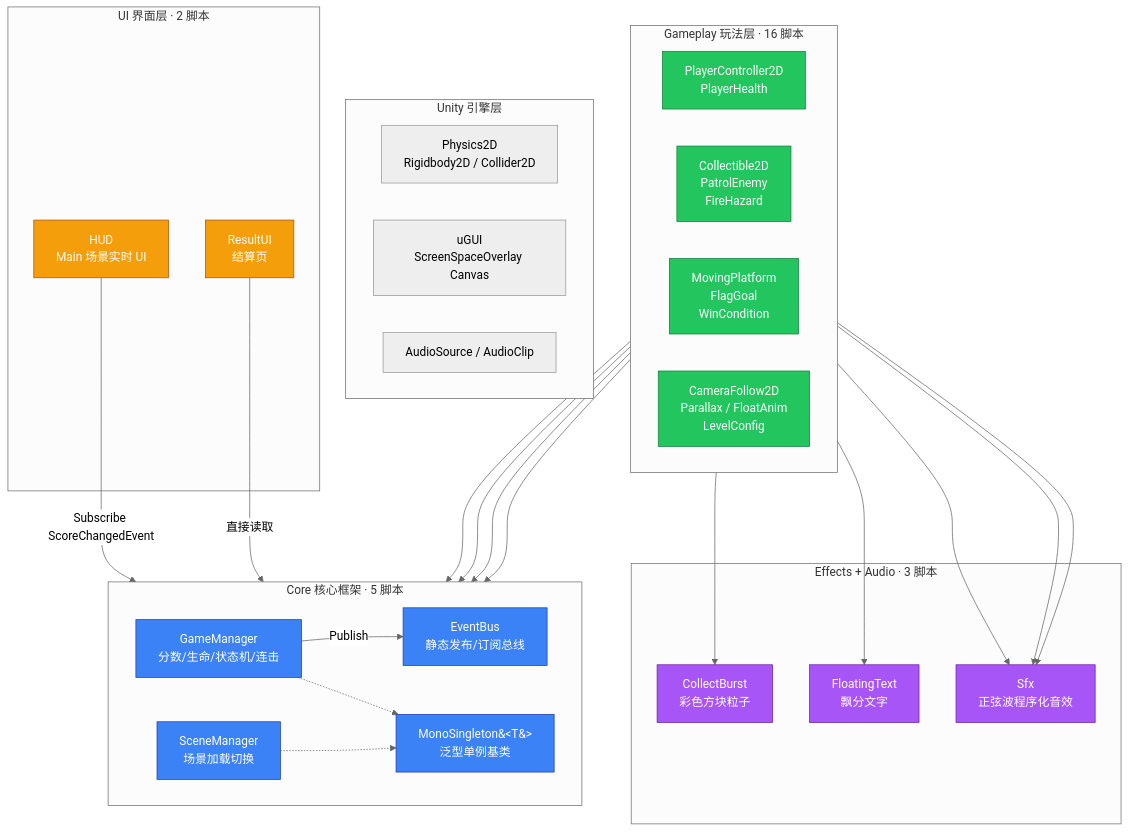
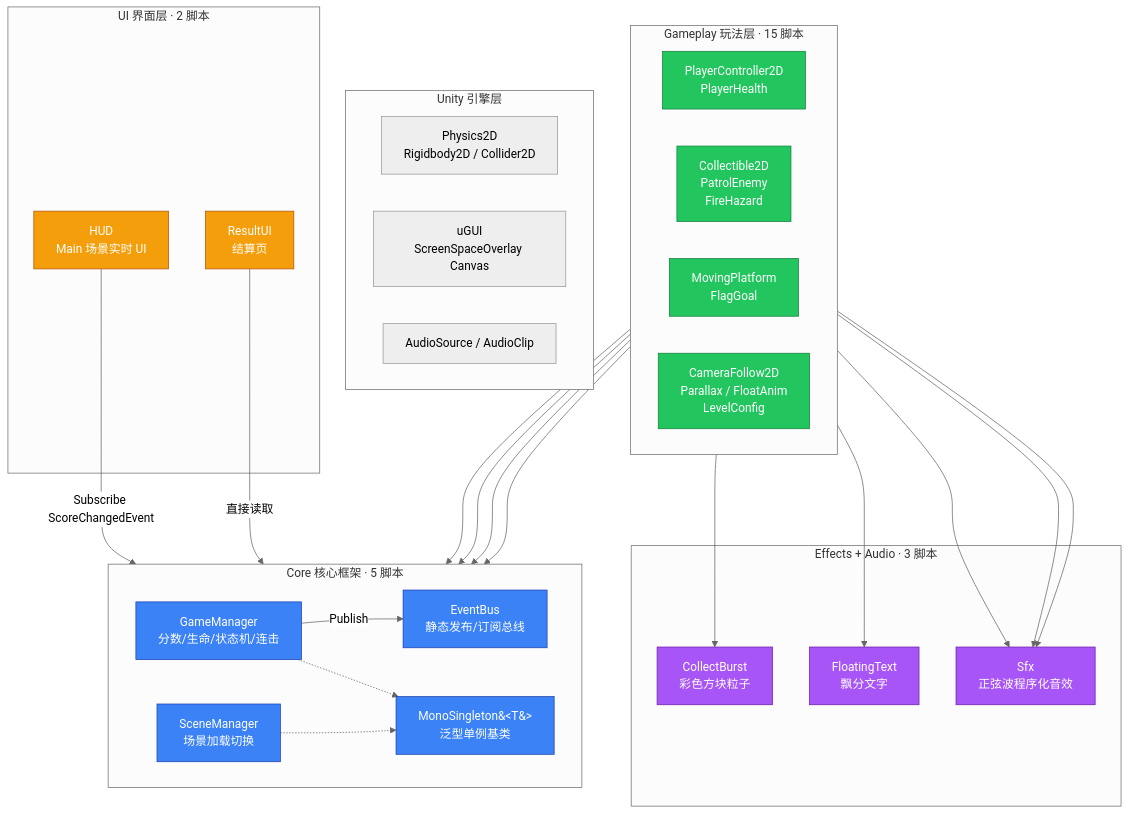
One commit to duyv0826/platformer-prototype changed the first of 2 diagrams in docs/01-项目架构总览.md. Above: the diagram before and after it, drawn with Mermaid (neutral theme). The commit also changed other lines of this file and 20 other files, not shown here.

````diff
--- a/docs/01-项目架构总览.md
+++ b/docs/01-项目架构总览.md
@@ -96,62 +96,62 @@
 ```mermaid
 flowchart TB
     subgraph Unity ["Unity 引擎层"]
         Physics2D["Physics2D<br/>Rigidbody2D / Collider2D"]
         UGUI["uGUI<br/>ScreenSpaceOverlay Canvas"]
         Audio["AudioSource / AudioClip"]
     end
 
-    subgraph Gameplay ["Gameplay 玩法层 · 16 脚本"]
+    subgraph Gameplay ["Gameplay 玩法层 · 15 脚本"]
         direction LR
         Player["PlayerController2D<br/>PlayerHealth"]
         Hazard["Collectible2D<br/>PatrolEnemy<br/>FireHazard"]
-        Platform["MovingPlatform<br/>FlagGoal<br/>WinCondition"]
+        Platform["MovingPlatform<br/>FlagGoal"]
         Visual["CameraFollow2D<br/>Parallax / FloatAnim<br/>LevelConfig"]
     end
 
     subgraph UI ["UI 界面层 · 2 脚本"]
         HUD["HUD<br/>Main 场景实时 UI"]
         ResultUI["ResultUI<br/>结算页"]
     end
 
     subgraph FX ["Effects + Audio · 3 脚本"]
         CollectBurst["CollectBurst<br/>彩色方块粒子"]
         FloatingText["FloatingText<br/>飘分文字"]
         Sfx["Sfx<br/>正弦波程序化音效"]
     end
 
     subgraph Core ["Core 核心框架 · 5 脚本"]
         direction LR
         MonoSingleton["MonoSingleton&#60;T&#62;<br/>泛型单例基类"]
         EventBus["EventBus<br/>静态发布/订阅总线"]
         GameManager["GameManager<br/>分数/生命/状态机/连击"]
         SceneManager_Core["SceneManager<br/>场景加载切换"]
     end
 
     Player --> GameManager
     Player --> Sfx
     Hazard --> GameManager
     Hazard --> CollectBurst
     Hazard --> FloatingText
     Hazard --> Sfx
     Platform --> GameManager
     Platform --> SceneManager_Core
     Platform --> Sfx
 
     HUD -- "Subscribe ScoreChangedEvent" --> EventBus
     ResultUI -- "直接读取" --> GameManager
     GameManager -- "Publish" --> EventBus
 
     GameManager -.-> MonoSingleton
     SceneManager_Core -.-> MonoSingleton
 
     classDef core fill:#3b82f6,stroke:#1e40af,color:#fff
     classDef gameplay fill:#22c55e,stroke:#15803d,color:#fff
     classDef ui fill:#f59e0b,stroke:#b45309,color:#fff
     classDef fx fill:#a855f7,stroke:#6b21a8,color:#fff
 
     class MonoSingleton,EventBus,GameManager,SceneManager_Core core
     class Player,Hazard,Platform,Visual gameplay
     class HUD,ResultUI ui
     class CollectBurst,FloatingText,Sfx fx
 ```
````
